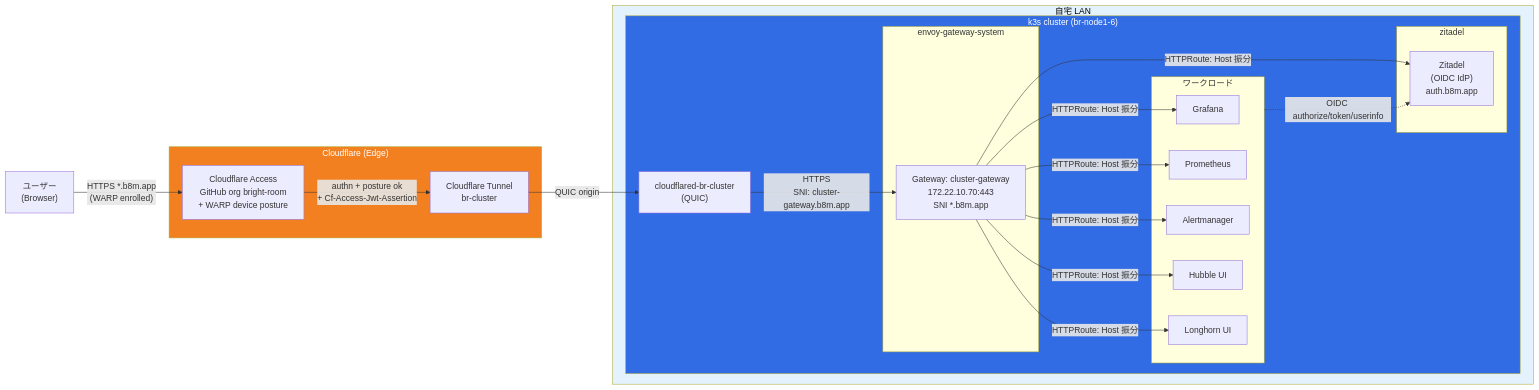
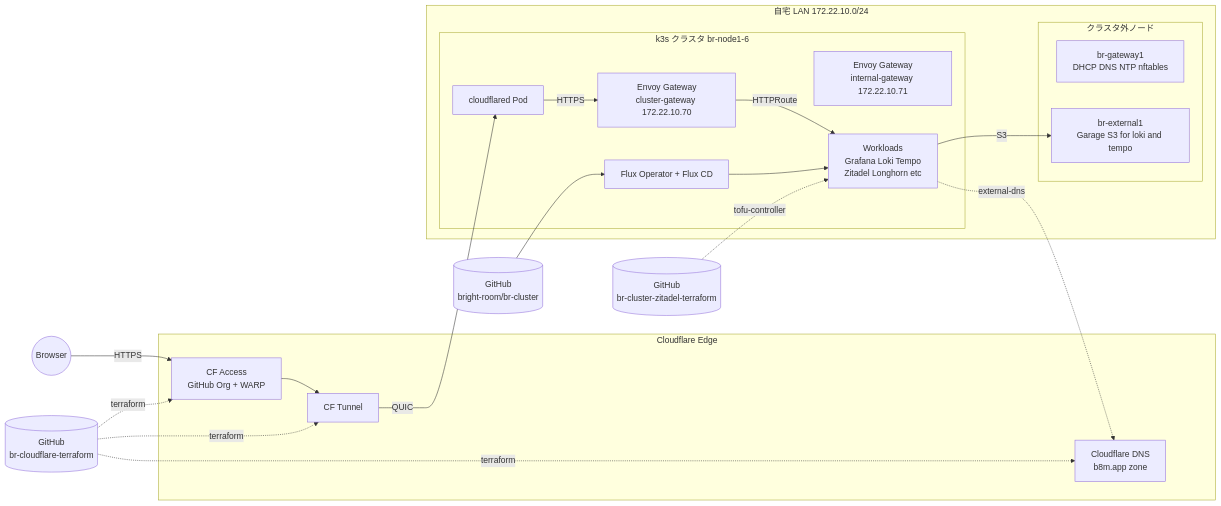
The first of 2 diagrams in docs/architecture.md (bright-room/br-cluster), drawn with Mermaid before and after one commit. The commit also changed other lines of this file and 23 other files, not shown here.

````diff
--- a/docs/architecture.md
+++ b/docs/architecture.md
@@ -7,43 +15,41 @@
 ```mermaid
-graph LR
-  user["ユーザー<br/>(Browser)"]
+flowchart LR
+  user((Browser))
 
-  subgraph cloudflare["Cloudflare (Edge)"]
-    access["Cloudflare Access<br/>GitHub org bright-room<br/>+ WARP device posture"]
-    tunnel["Cloudflare Tunnel<br/>br-cluster"]
+  subgraph cloudflare["Cloudflare Edge"]
+    cfaccess["CF Access<br/>GitHub Org + WARP"]
+    cftunnel["CF Tunnel"]
+    cfdns["Cloudflare DNS<br/>b8m.app zone"]
   end
 
-  user -->|"HTTPS *.b8m.app<br/>(WARP enrolled)"| access
-  access -->|authn + posture ok<br/>+ Cf-Access-Jwt-Assertion| tunnel
+  subgraph lan["自宅 LAN 172.22.10.0/24"]
+    subgraph external["クラスタ外ノード"]
+      gw["br-gateway1<br/>DHCP DNS NTP nftables"]
+      ext["br-external1<br/>Garage S3 for loki and tempo"]
+    end
 
-  subgraph lan["自宅 LAN"]
-    subgraph k3s["k3s cluster (br-node1-6)"]
-      cfd["cloudflared-br-cluster<br/>(QUIC)"]
-
-      subgraph eg["envoy-gateway-system"]
-        egw["Gateway: cluster-gateway<br/>172.22.10.70:443<br/>SNI *.b8m.app"]
-      end
-
-      subgraph idp["zitadel"]
-        zit["Zitadel<br/>(OIDC IdP)<br/>auth.b8m.app"]
-      end
-
-      subgraph apps["ワークロード"]
-        grafana[Grafana]
-        prom[Prometheus]
-        am[Alertmanager]
-        hubble[Hubble UI]
-        longhorn[Longhorn UI]
-      end
+    subgraph k3s["k3s クラスタ br-node1-6"]
+      cfd["cloudflared Pod"]
+      egw["Envoy Gateway<br/>cluster-gateway 172.22.10.70"]
+      iegw["Envoy Gateway<br/>internal-gateway 172.22.10.71"]
+      apps["Workloads<br/>Grafana Loki Tempo<br/>Zitadel Longhorn etc"]
+      flux["Flux Operator + Flux CD"]
     end
   end
 
-  tunnel -->|QUIC origin| cfd
-  cfd -->|HTTPS<br/>SNI: cluster-gateway.b8m.app| egw
-  egw -->|HTTPRoute: Host 振分| grafana & prom & am & hubble & longhorn & zit
-  apps -.->|OIDC authorize/token/userinfo| zit
+  ghrepo[("GitHub<br/>bright-room/br-cluster")]
+  ghzit[("GitHub<br/>br-cluster-zitadel-terraform")]
+  cfrepo[("GitHub<br/>br-cloudflare-terraform")]
 
-  style cloudflare fill:#f38020,color:#fff
-  style lan fill:#e3f2fd,color:#000
-  style k3s fill:#326ce5,color:#fff
+  user -->|HTTPS| cfaccess
+  cfaccess --> cftunnel -->|QUIC| cfd -->|HTTPS| egw -->|HTTPRoute| apps
+  apps -->|S3| ext
+
+  ghrepo --> flux --> apps
+  ghzit -. tofu-controller .-> apps
+  cfrepo -. terraform .-> cfaccess
+  cfrepo -. terraform .-> cftunnel
+  cfrepo -. terraform .-> cfdns
+
+  apps -. external-dns .-> cfdns
 ```
````
